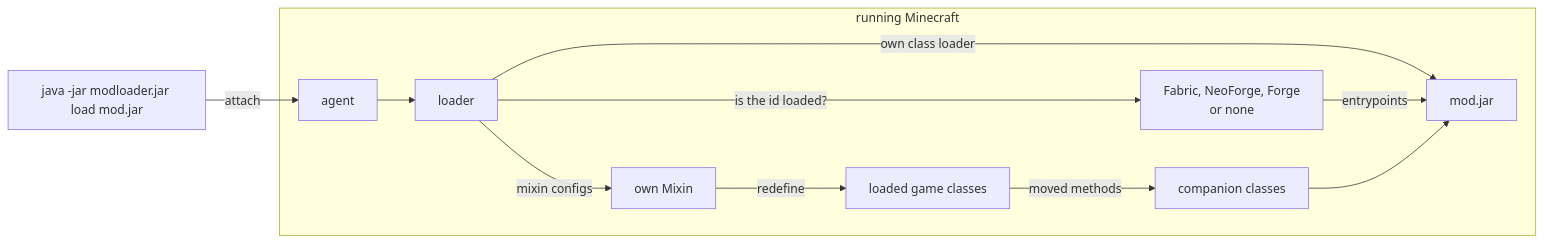
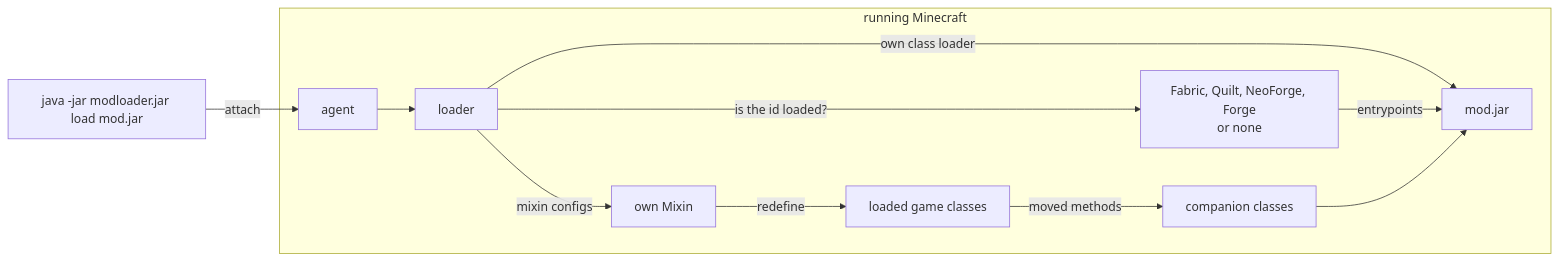
Before and after one commit to CCBlueX/ModLoader: the diagram in README.md, drawn with Mermaid. The commit also changed other lines of this file and 51 other files, not shown here.

````diff
--- a/README.md
+++ b/README.md
@@ -9,14 +9,14 @@
 ```mermaid
 flowchart LR
     cli["java -jar modloader.jar load mod.jar"] -- attach --> agent
     subgraph game ["running Minecraft"]
         agent --> loader
-        loader -- "is the id loaded?" --> framework["Fabric, NeoForge, Forge<br/>or none"]
+        loader -- "is the id loaded?" --> framework["Fabric, Quilt, NeoForge, Forge<br/>or none"]
         loader -- "own class loader" --> mod["mod.jar"]
         framework -- entrypoints --> mod
         loader -- "mixin configs" --> mixin["own Mixin"]
         mixin -- "redefine" --> classes["loaded game classes"]
         classes -- "moved methods" --> companions["companion classes"]
         companions --> mod
     end
 ```
````
